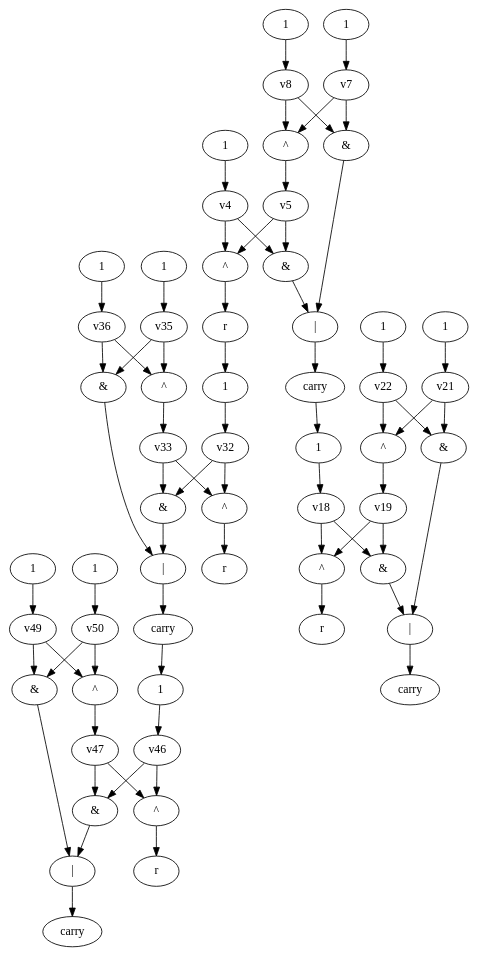
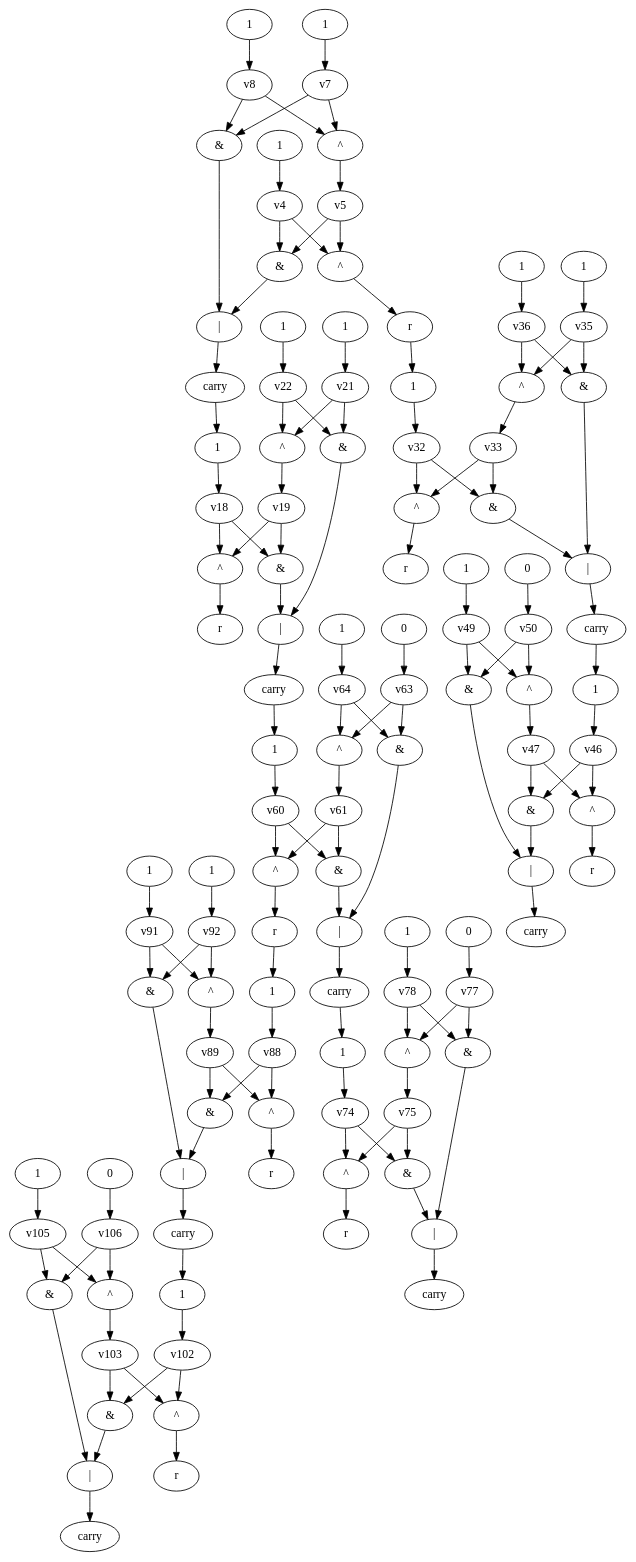
The diagram in dot_files/testAdder.dot (yadej/graph_project), drawn with Graphviz before and after one commit. The commit also changed 2 other files, not shown here.

```diff
--- a/dot_files/testAdder.dot
+++ b/dot_files/testAdder.dot
@@ -1,4 +1,44 @@
 digraph G { 
+v98 [label="|"]; 
+v99 [label="&"]; 
+v100 [label="&"]; 
+v101 [label="^"]; 
+v104 [label="^"]; 
+v107 [label="1"]; 
+v108 [label="1"]; 
+v109 [label="0"]; 
+v110 [label="carry"]; 
+v111 [label="r"]; 
+v84 [label="|"]; 
+v85 [label="&"]; 
+v86 [label="&"]; 
+v87 [label="^"]; 
+v90 [label="^"]; 
+v93 [label="1"]; 
+v94 [label="1"]; 
+v95 [label="1"]; 
+v96 [label="carry"]; 
+v97 [label="r"]; 
+v70 [label="|"]; 
+v71 [label="&"]; 
+v72 [label="&"]; 
+v73 [label="^"]; 
+v76 [label="^"]; 
+v79 [label="1"]; 
+v80 [label="0"]; 
+v81 [label="1"]; 
+v82 [label="carry"]; 
+v83 [label="r"]; 
+v56 [label="|"]; 
+v57 [label="&"]; 
+v58 [label="&"]; 
+v59 [label="^"]; 
+v62 [label="^"]; 
+v65 [label="1"]; 
+v66 [label="0"]; 
+v67 [label="1"]; 
+v68 [label="carry"]; 
+v69 [label="r"]; 
 v42 [label="|"]; 
 v43 [label="&"]; 
 v44 [label="&"]; 
@@ -6,7 +46,7 @@
 v48 [label="^"]; 
 v51 [label="1"]; 
 v52 [label="1"]; 
-v53 [label="1"]; 
+v53 [label="0"]; 
 v54 [label="carry"]; 
 v55 [label="r"]; 
 v28 [label="|"]; 
@@ -39,6 +79,70 @@
 v11 [label="1"]; 
 v12 [label="carry"]; 
 v13 [label="r"]; 
+v98 -> v110;
+v99 -> v98;
+v100 -> v98;
+v101 -> v111;
+v102 -> v101;
+v102 -> v99;
+v103 -> v101;
+v103 -> v99;
+v104 -> v103;
+v105 -> v104;
+v105 -> v100;
+v106 -> v104;
+v106 -> v100;
+v107 -> v102;
+v108 -> v105;
+v109 -> v106;
+v84 -> v96 -> v107;
+v85 -> v84;
+v86 -> v84;
+v87 -> v97;
+v88 -> v87;
+v88 -> v85;
+v89 -> v87;
+v89 -> v85;
+v90 -> v89;
+v91 -> v90;
+v91 -> v86;
+v92 -> v90;
+v92 -> v86;
+v93 -> v88;
+v94 -> v91;
+v95 -> v92;
+v70 -> v82;
+v71 -> v70;
+v72 -> v70;
+v73 -> v83;
+v74 -> v73;
+v74 -> v71;
+v75 -> v73;
+v75 -> v71;
+v76 -> v75;
+v77 -> v76;
+v77 -> v72;
+v78 -> v76;
+v78 -> v72;
+v79 -> v74;
+v80 -> v77;
+v81 -> v78;
+v56 -> v68 -> v79;
+v57 -> v56;
+v58 -> v56;
+v59 -> v69 -> v93;
+v60 -> v59;
+v60 -> v57;
+v61 -> v59;
+v61 -> v57;
+v62 -> v61;
+v63 -> v62;
+v63 -> v58;
+v64 -> v62;
+v64 -> v58;
+v65 -> v60;
+v66 -> v63;
+v67 -> v64;
 v42 -> v54;
 v43 -> v42;
 v44 -> v42;
@@ -71,7 +175,7 @@
 v37 -> v32;
 v38 -> v35;
 v39 -> v36;
-v14 -> v26;
+v14 -> v26 -> v65;
 v15 -> v14;
 v16 -> v14;
 v17 -> v27;
```
